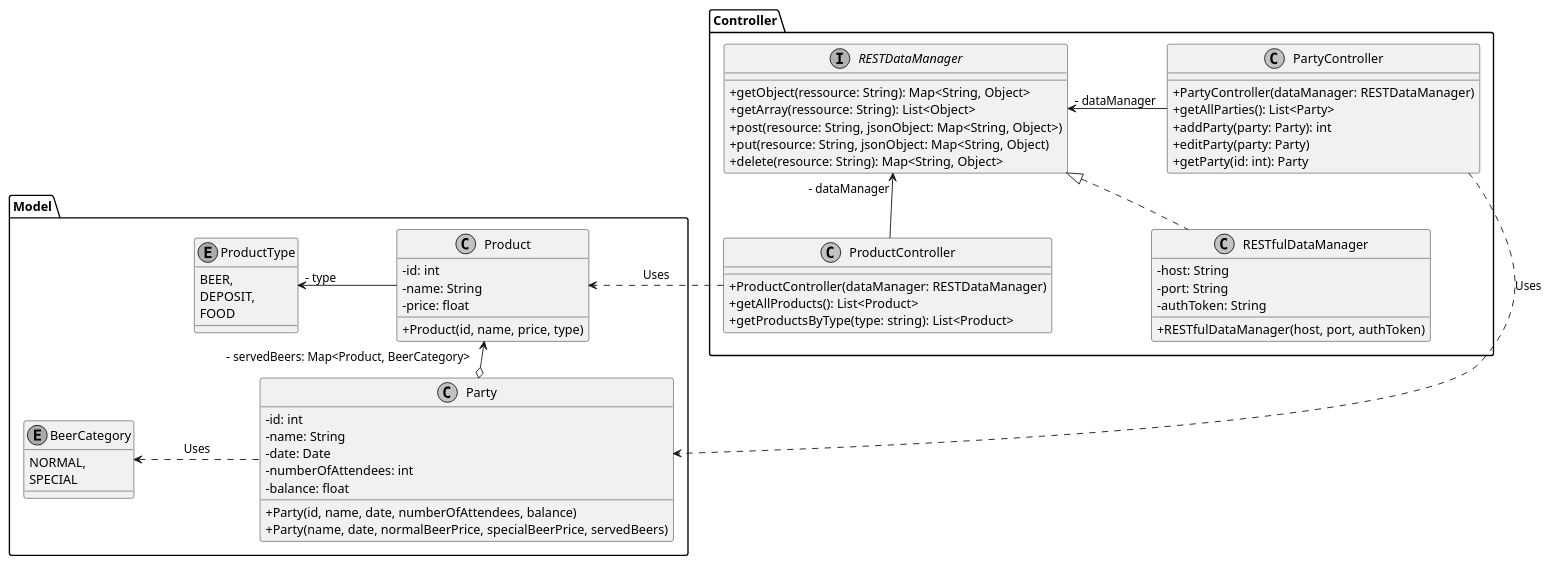
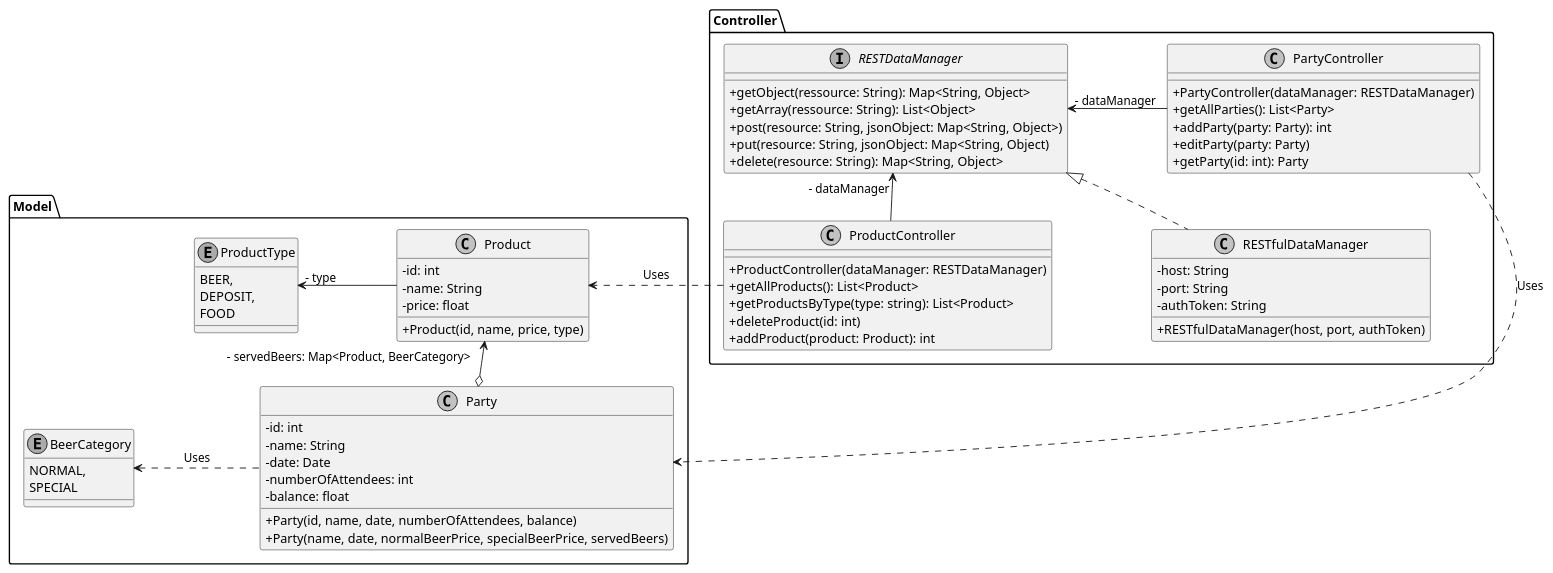
Before and after one commit to lutrampal/sbeereck-app: the diagram in docs/front-end/classDiagram.puml, drawn with PlantUML. The commit also changed 14 other files, not shown here.

Commit message:
delete product and add product

```diff
--- a/docs/front-end/classDiagram.puml
+++ b/docs/front-end/classDiagram.puml
@@ -1,84 +1,86 @@
 @startuml
 skinparam monochrome true
 skinparam classAttributeIconSize 0
 skinparam nodesep 110
 skinparam ranksep 10
 
 package Model {
 	class Party {
 		- id: int
 		- name: String
 		- date: Date
 		- numberOfAttendees: int
 		- balance: float
 		+ Party(id, name, date, numberOfAttendees, balance)
 		+ Party(name, date, normalBeerPrice, specialBeerPrice, servedBeers)
 	}
 
 	class Product {
 		- id: int
 		- name: String
 		- price: float
 		+ Product(id, name, price, type)
 	}
 
 	enum ProductType {
 		BEER,
 		DEPOSIT,
 		FOOD
 	}
 
 	ProductType "- type" <- Product
 
 	enum BeerCategory {
 		NORMAL,
 		SPECIAL
 	}
 
 	Product "- servedBeers: Map<Product, BeerCategory>" <--o Party
 
 	BeerCategory <. Party: Uses
 }
 
 package Controller {
 	interface RESTDataManager {
 		+ getObject(ressource: String): Map<String, Object>
 		+ getArray(ressource: String): List<Object>
 		+ post(resource: String, jsonObject: Map<String, Object>)
 		+ put(resource: String, jsonObject: Map<String, Object)
 		+ delete(resource: String): Map<String, Object>
 	}
 
 	class RESTfulDataManager {
 		- host: String
 		- port: String
 		- authToken: String
 		+ RESTfulDataManager(host, port, authToken)
 	}
 
 	RESTDataManager <|.. RESTfulDataManager
 		
 
 	class PartyController {
 		+ PartyController(dataManager: RESTDataManager)
 		+ getAllParties(): List<Party>
 		+ addParty(party: Party): int
 		+ editParty(party: Party)
 		+ getParty(id: int): Party
 	}
 
 	RESTDataManager "- dataManager" <- PartyController
 
 	class ProductController {
 		+ ProductController(dataManager: RESTDataManager)
 		+ getAllProducts(): List<Product>
 		+ getProductsByType(type: string): List<Product>
+		+ deleteProduct(id: int)
+		+ addProduct(product: Product): int
 	}
 
 	RESTDataManager "- dataManager" <-- ProductController
 }
 
 PartyController .> Party: Uses
 ProductController .> Product: Uses
 
 @enduml
```
